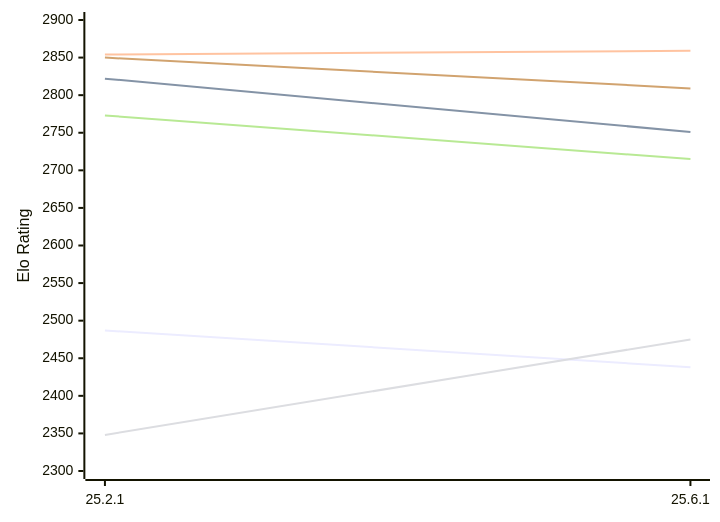
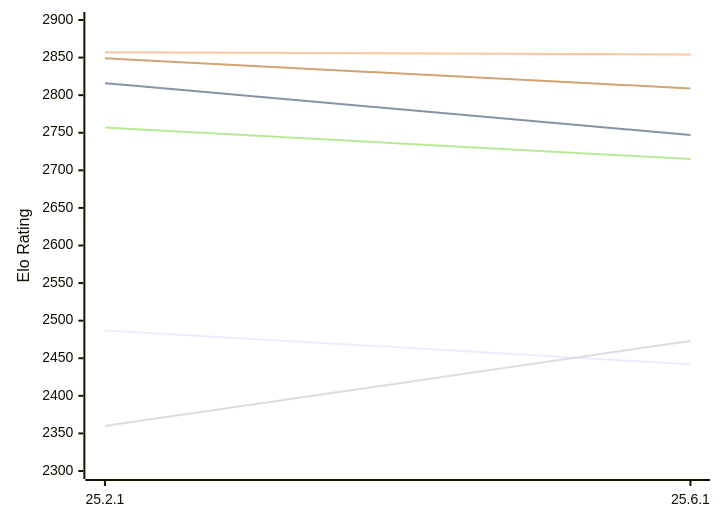
The first of 2 diagrams in engines/Crafty.md (computer-chess-index/cci), drawn with Mermaid before and after one commit. The commit also changed other lines of this file, not shown here.

Commit message:
Update CCI Ratings (ELO VLTC) - 2026-11-26

````diff
--- a/engines/Crafty.md
+++ b/engines/Crafty.md
@@ -50,12 +50,12 @@
 ```mermaid
 %%{init: {"theme":"base","themeVariables":{"seriesColors:['#a3a3a3','#222221','#faa371']}}}%%
 xychart-beta
   x-axis ["25.2.1", "25.6.1"]
   y-axis "Elo Rating" 2300 --> 2900
-  line "E1: STC (8.0+0.08s)" [2487, 2438]
-  line "E1: LTC (60.0+0.60s)" [2822, 2751]
-  line "E1: VLTC (2m24s+1.12s)" [2854, 2859]
-  line "P1: STC (8.0+0.08s)" [2348, 2475]
-  line "P1: LTC (60.0+0.60s)" [2773, 2715]
-  line "P1: VLTC (2m24s+1.12s)" [2850, 2809]
+  line "E1: STC (8.0+0.08s)" [2487, 2442]
+  line "E1: LTC (60.0+0.60s)" [2816, 2747]
+  line "E1: VLTC (2m24s+1.12s)" [2857, 2854]
+  line "P1: STC (8.0+0.08s)" [2360, 2473]
+  line "P1: LTC (60.0+0.60s)" [2757, 2715]
+  line "P1: VLTC (2m24s+1.12s)" [2849, 2809]
 ```
````
